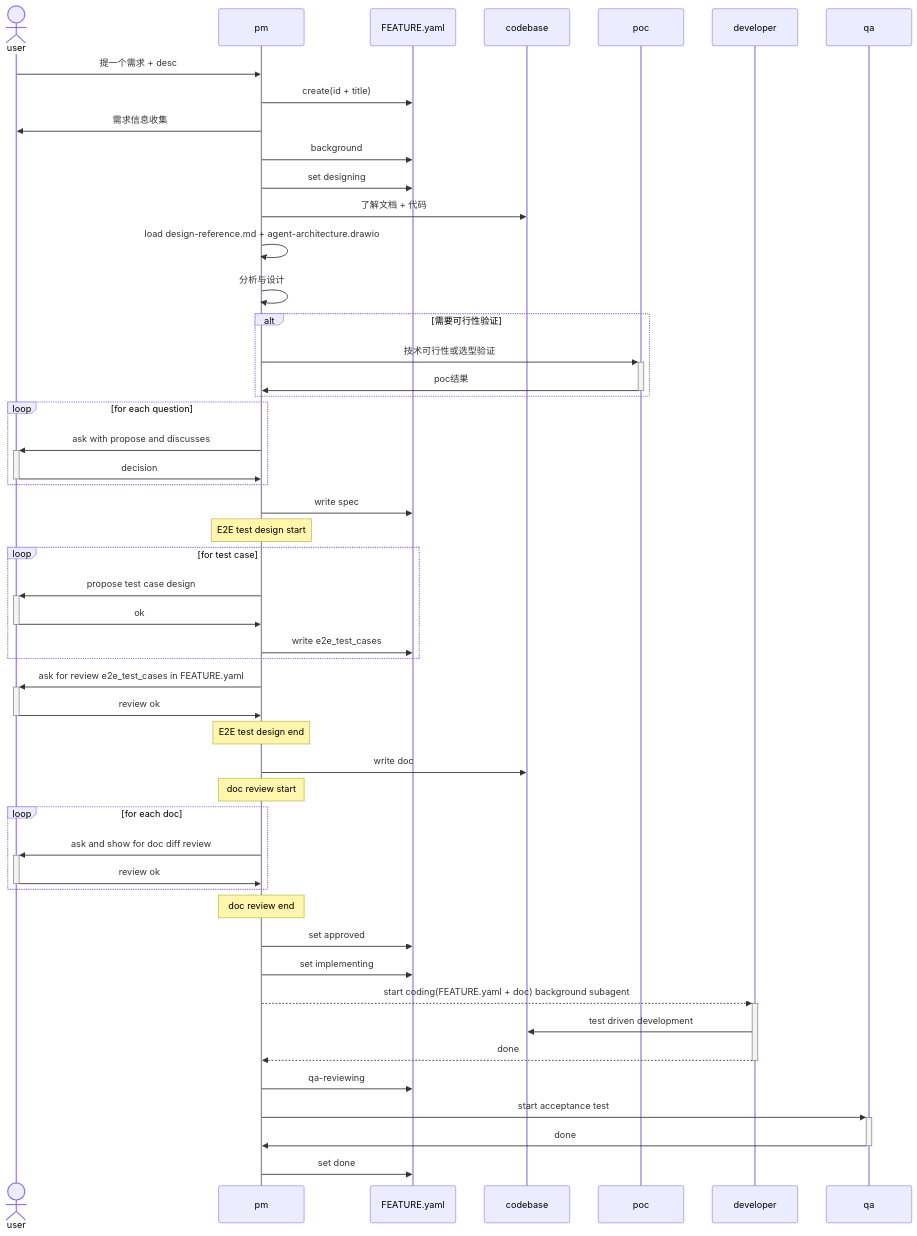
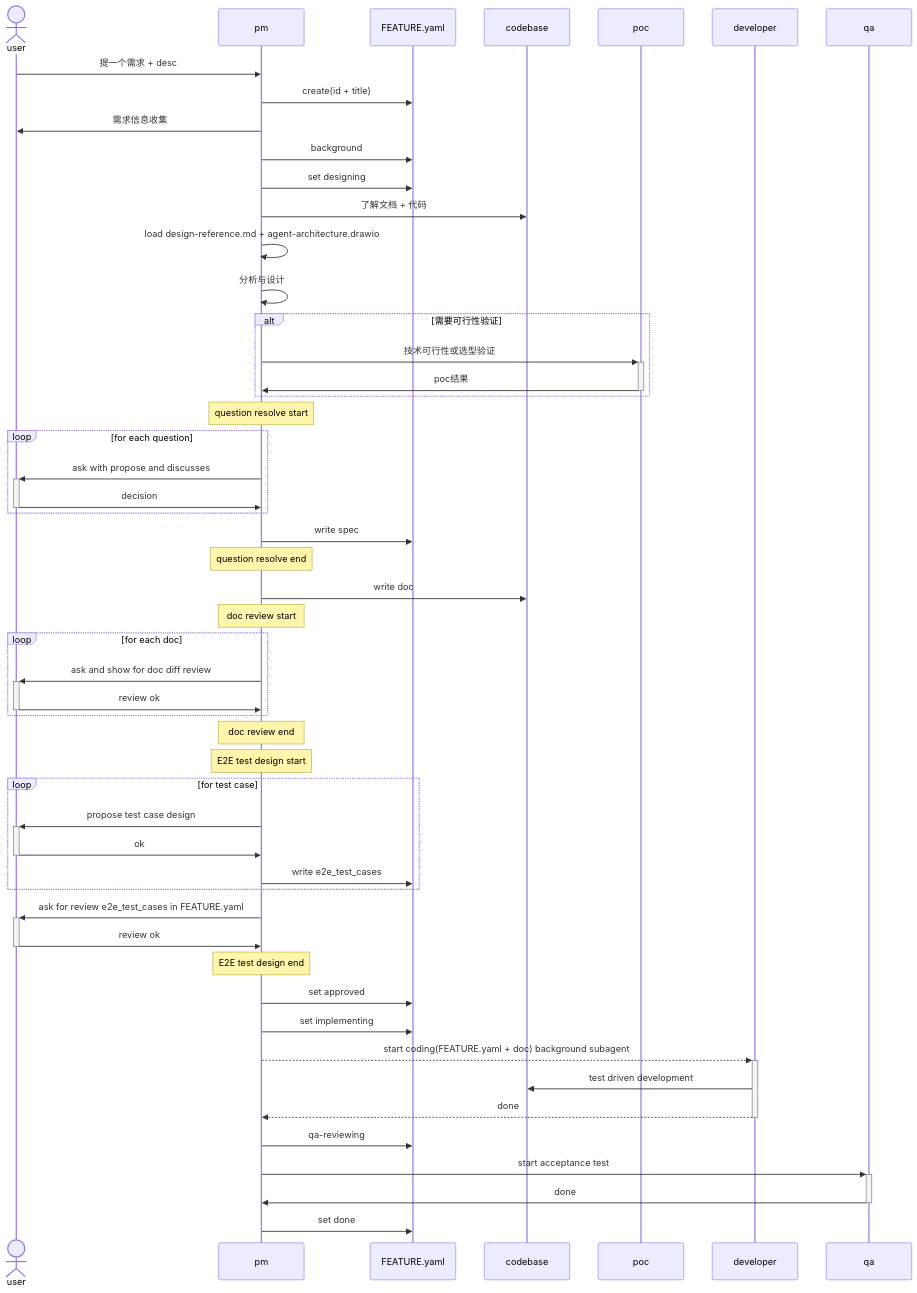
Before and after one commit to JoeyAssistant/skill-repo: the first of 3 diagrams in system-prompt/agent-factory/agent-pm.md, drawn with Mermaid. The commit also changed other lines of this file, not shown here.

Commit message:
refactor(pm-prompt): question resolve 规范前移为独立章节 + doc review 提前到 E2E design 之前
- question resolve要求 独立成节，明确"先调研→给多方案+推荐→描述清晰"的提问规范
- Feature Workflow 顺序调整为 spec → write doc → doc review → E2E test design → approved
- 移除设计阶段必须读取 design-reference.md 的旁注

````diff
--- a/system-prompt/agent-factory/agent-pm.md
+++ b/system-prompt/agent-factory/agent-pm.md
@@ -114,55 +114,59 @@
 ```mermaid
 sequenceDiagram
     actor user
     user->>pm: 提一个需求 + desc
     participant feat as FEATURE.yaml
     participant code as codebase
 
     pm->>feat: create(id + title)
     pm->>user: 需求信息收集
     pm->>feat: background
+
     pm->>feat: set designing
     pm->>code: 了解文档 + 代码
     pm->>pm: load design-reference.md + agent-architecture.drawio
     pm->>pm: 分析与设计
     alt 需要可行性验证
         pm->>+poc: 技术可行性或选型验证
         poc->>-pm: poc结果
     end
+
+    Note over pm: question resolve start
     loop for each question
         pm->>+user: ask with propose and discusses
         user->>-pm: decision
     end
     pm->>feat: write spec
+    Note over pm: question resolve end
+
+    pm->>code: write doc
+    Note over pm: doc review start
+    loop for each doc
+        pm->>+user: ask and show for doc diff review
+        user->>-pm: review ok
+    end
+    Note over pm: doc review end
 
     Note over pm: E2E test design start
     loop for test case
         pm->>+user: propose test case design
         user->>-pm: ok
         pm->>feat: write e2e_test_cases
     end
     
     pm->>+user: ask for review e2e_test_cases in FEATURE.yaml
     user->>-pm: review ok
     Note over pm: E2E test design end
-
-    pm->>code: write doc
-    Note over pm: doc review start
-    loop for each doc
-        pm->>+user: ask and show for doc diff review
-        user->>-pm: review ok
-    end
-    Note over pm: doc review end
 
     pm->>feat: set approved
     participant dev as developer
     pm->>feat: set implementing
     pm-->>+dev: start coding(FEATURE.yaml + doc) background subagent
     dev->>code: test driven development
     dev-->>-pm: done
 
     pm->>feat: qa-reviewing
     pm->>+qa: start acceptance test
     qa->>-pm: done
     pm->>feat: set done
 ```
````
